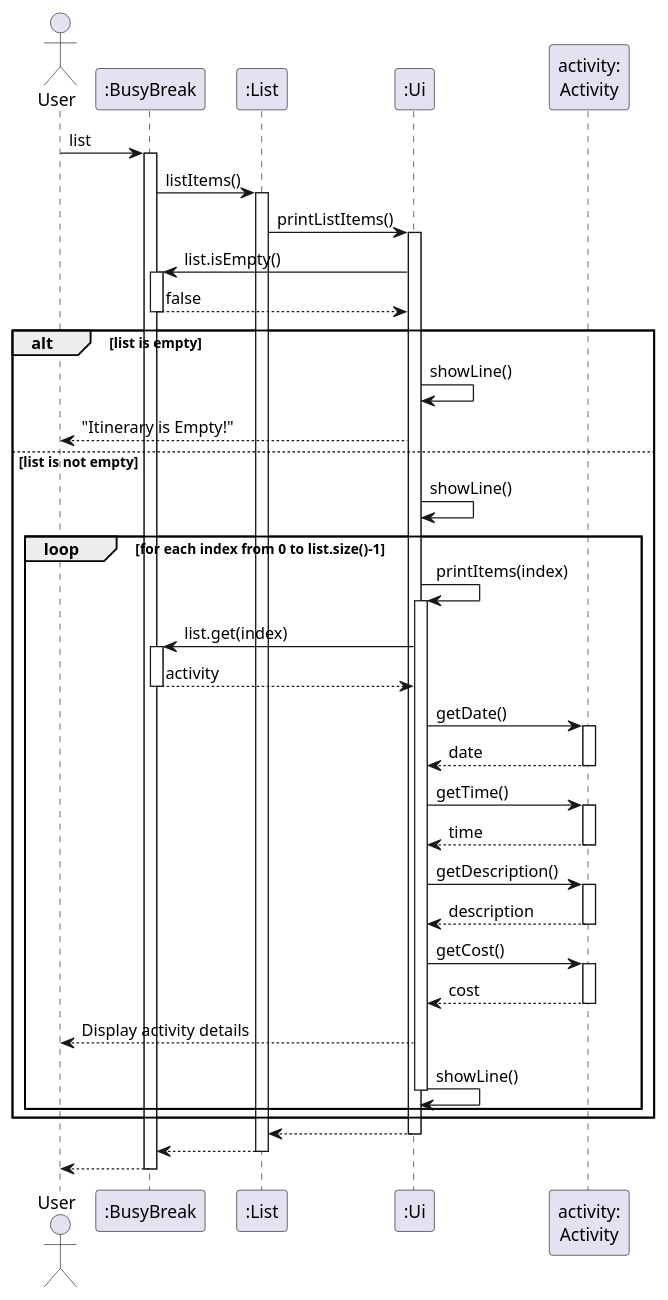
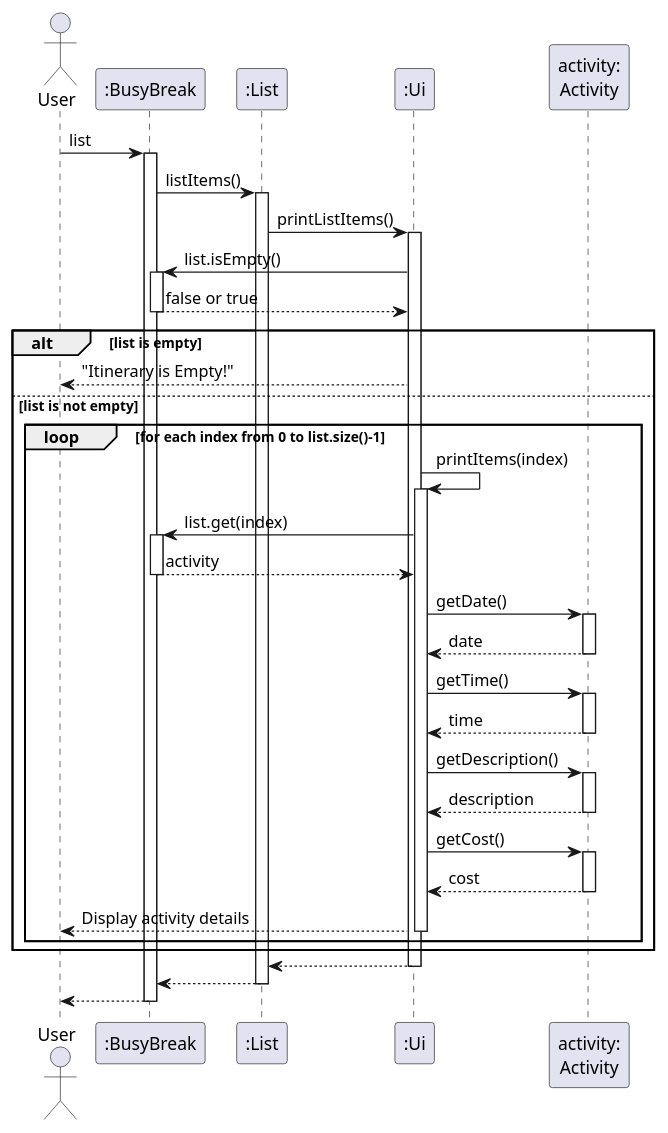
The diagram in docs/diagrams/ListCommandSequenceDiagram.puml (AY2526S1-CS2113-W13-4/tp), drawn with PlantUML before and after one commit. The commit also changed 6 other files, not shown here.

Commit message:
fix sequence diagram issues

```diff
--- a/docs/diagrams/ListCommandSequenceDiagram.puml
+++ b/docs/diagrams/ListCommandSequenceDiagram.puml
@@ -1,74 +1,74 @@
 @startuml ListCommandSequenceDiagram
 
 actor User
 participant ":BusyBreak" as BusyBreak
 participant ":List" as List
 participant ":Ui" as Ui
 participant "activity:\nActivity" as Activity
 
 User -> BusyBreak: list
 activate BusyBreak
 
 BusyBreak -> List: listItems()
 activate List
 
 List -> Ui: printListItems()
 activate Ui
 
 Ui -> BusyBreak: list.isEmpty()
 activate BusyBreak
-BusyBreak --> Ui: false
+BusyBreak --> Ui: false or true
 deactivate BusyBreak
 
 alt list is empty
-    Ui -> Ui: showLine()
+
     Ui --> User: "Itinerary is Empty!"
 else list is not empty
-    Ui -> Ui: showLine()
+
 
     loop for each index from 0 to list.size()-1
         Ui -> Ui: printItems(index)
         activate Ui
 
         Ui -> BusyBreak: list.get(index)
         activate BusyBreak
         BusyBreak --> Ui: activity
         deactivate BusyBreak
 
         Ui -> Activity: getDate()
         activate Activity
         Activity --> Ui: date
         deactivate Activity
 
         Ui -> Activity: getTime()
         activate Activity
         Activity --> Ui: time
         deactivate Activity
 
         Ui -> Activity: getDescription()
         activate Activity
         Activity --> Ui: description
         deactivate Activity
 
         Ui -> Activity: getCost()
         activate Activity
         Activity --> Ui: cost
         deactivate Activity
 
         Ui --> User: Display activity details
-        Ui -> Ui: showLine()
+
 
         deactivate Ui
     end
 end
 
 Ui --> List
 deactivate Ui
 
 List --> BusyBreak
 deactivate List
 
 BusyBreak --> User
 deactivate BusyBreak
 
 @enduml
```
